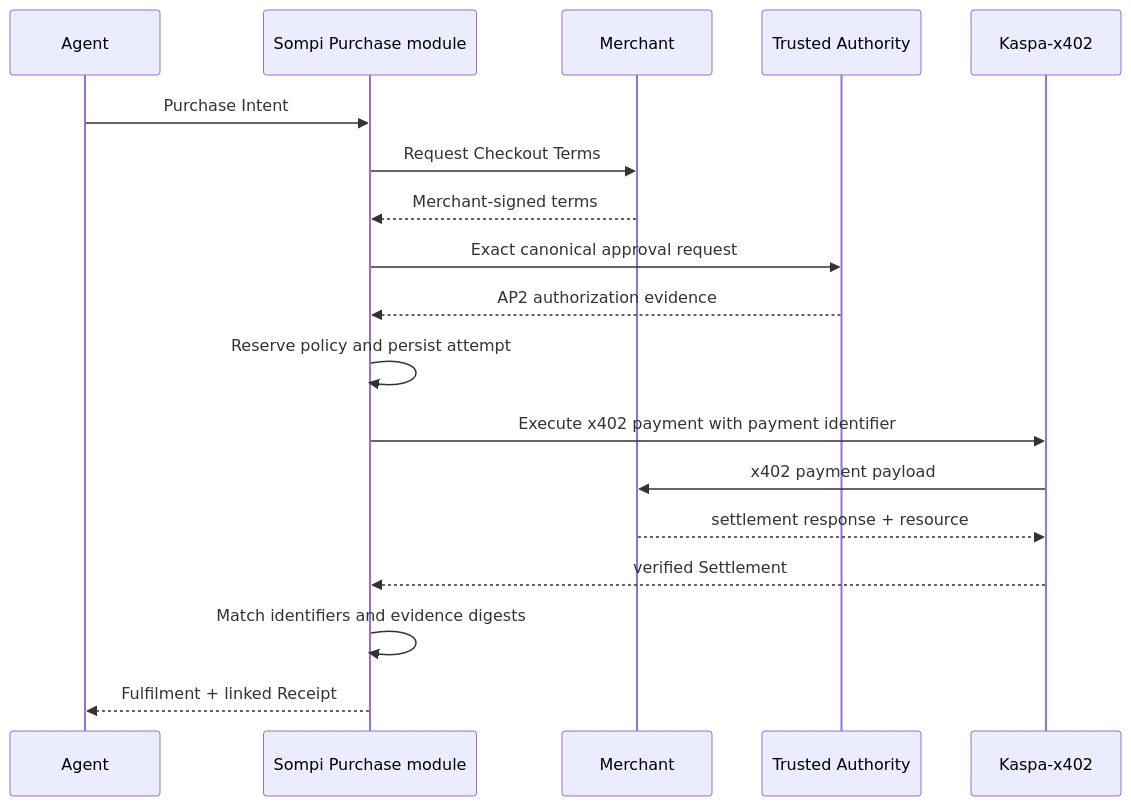
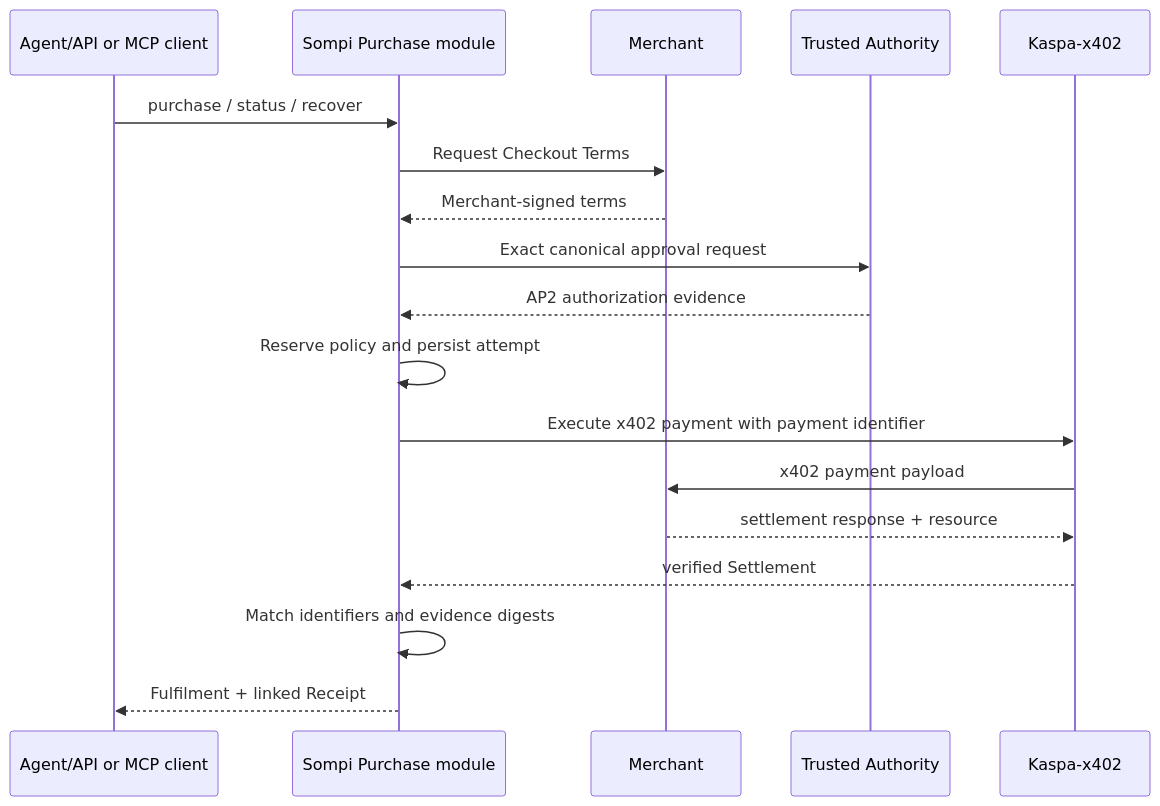
The third of 3 diagrams in docs/architecture/SOMPI_ARCHITECTURE.md (elldeeone/sompi), drawn with Mermaid before and after one commit. The commit also changed other lines of this file and 153 other files, not shown here.

````diff
--- a/docs/architecture/SOMPI_ARCHITECTURE.md
+++ b/docs/architecture/SOMPI_ARCHITECTURE.md
@@ -373,21 +406,21 @@
 ```mermaid
 sequenceDiagram
-    participant A as Agent
+    participant A as Agent/API or MCP client
     participant S as Sompi Purchase module
     participant M as Merchant
     participant T as Trusted Authority
     participant X as Kaspa-x402
 
-    A->>S: Purchase Intent
+    A->>S: purchase / status / recover
     S->>M: Request Checkout Terms
     M-->>S: Merchant-signed terms
     S->>T: Exact canonical approval request
     T-->>S: AP2 authorization evidence
     S->>S: Reserve policy and persist attempt
     S->>X: Execute x402 payment with payment identifier
     X->>M: x402 payment payload
     M-->>X: settlement response + resource
     X-->>S: verified Settlement
     S->>S: Match identifiers and evidence digests
     S-->>A: Fulfilment + linked Receipt
 ```
````
